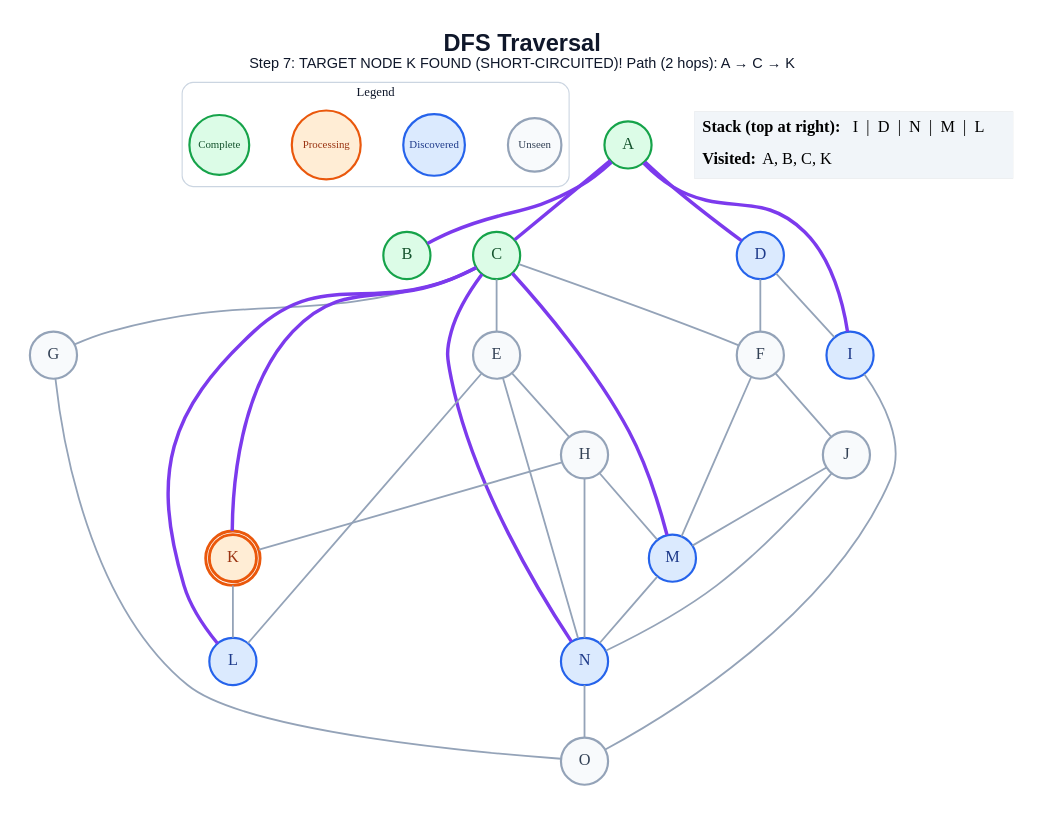
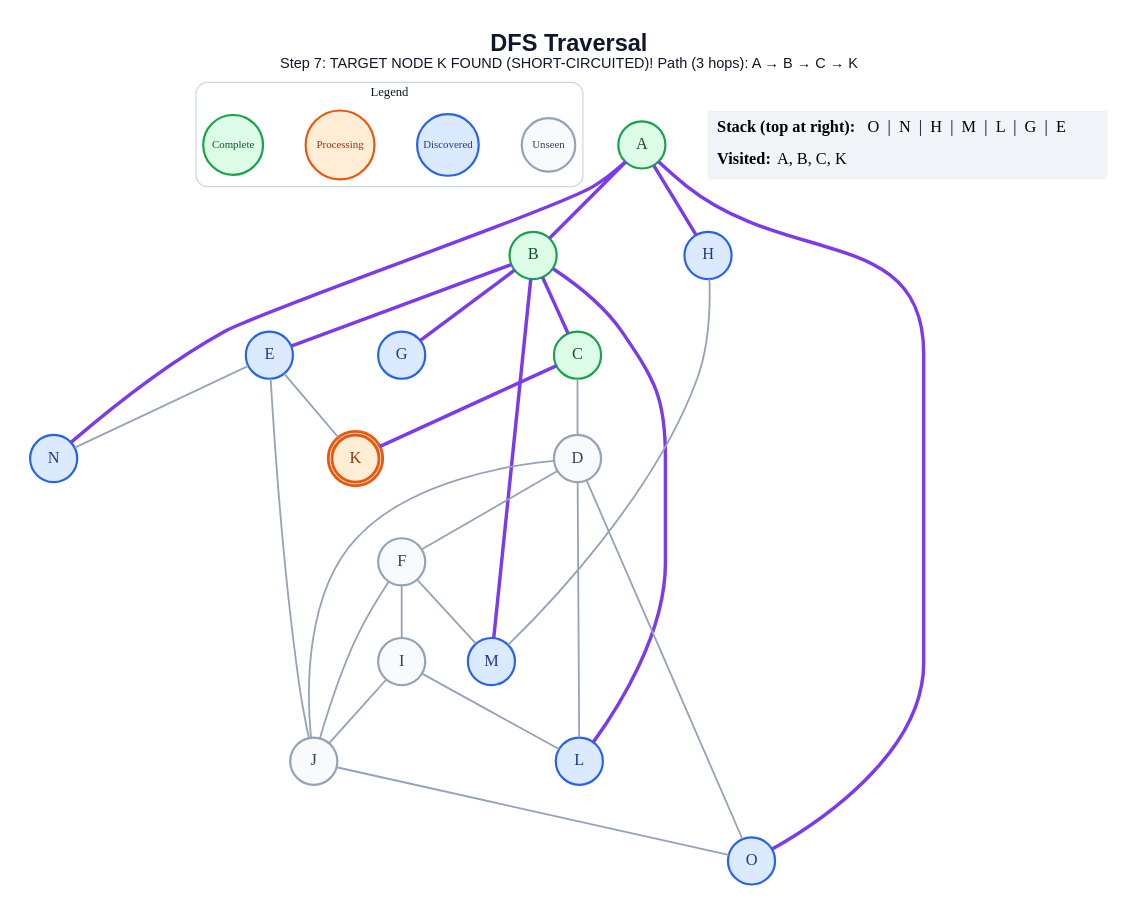
Before and after one commit to anon7238593-create/ai-slop: the diagram in generated/short-circuit/dfs/step_07.dot, drawn with Graphviz. The commit also changed 248 other files, not shown here.

```diff
--- a/generated/short-circuit/dfs/step_07.dot
+++ b/generated/short-circuit/dfs/step_07.dot
@@ -1,62 +1,59 @@
 graph traversal {
   graph [layout=dot, rankdir=TB, bgcolor="#FFFFFF", pad="0.35", nodesep="0.65", ranksep="0.8", fontname="Arial"];
   node [shape=circle, style="filled", fontname="Arial Bold", fontsize=18, width=0.72, fixedsize=true, penwidth=2.4];
   edge [color="#94A3B8", penwidth=2.0];
-  label=<<B>DFS Traversal</B><BR/><FONT POINT-SIZE="16">Step 7: TARGET NODE K FOUND (SHORT-CIRCUITED)! Path (2 hops): A → C → K</FONT>>; labelloc="t"; fontsize=26; fontname="Arial"; fontcolor="#0F172A";
+  label=<<B>DFS Traversal</B><BR/><FONT POINT-SIZE="16">Step 7: TARGET NODE K FOUND (SHORT-CIRCUITED)! Path (3 hops): A → B → C → K</FONT>>; labelloc="t"; fontsize=26; fontname="Arial"; fontcolor="#0F172A";
   subgraph cluster_legend { label="Legend"; color="#CBD5E1"; penwidth=1.2; style="rounded"; fontsize=14; fontname="Arial Bold";
     key_unseen [label="Unseen", fillcolor="#F8FAFC", color="#94A3B8", fontcolor="#334155", fontsize=12, width=0.82];
     key_frontier [label="Discovered", fillcolor="#DBEAFE", color="#2563EB", fontcolor="#1E3A8A", fontsize=12, width=0.95];
     key_current [label="Processing", fillcolor="#FFEDD5", color="#EA580C", fontcolor="#9A3412", fontsize=12, width=1.05];
     key_done [label="Complete", fillcolor="#DCFCE7", color="#16A34A", fontcolor="#14532D", fontsize=12, width=0.92];
     { rank=same; key_unseen; key_frontier; key_current; key_done; }
   }
   A [label="A", fillcolor="#DCFCE7", color="#16A34A", fontcolor="#14532D", peripheries=1, penwidth=2.4];
   B [label="B", fillcolor="#DCFCE7", color="#16A34A", fontcolor="#14532D", peripheries=1, penwidth=2.4];
   C [label="C", fillcolor="#DCFCE7", color="#16A34A", fontcolor="#14532D", peripheries=1, penwidth=2.4];
-  D [label="D", fillcolor="#DBEAFE", color="#2563EB", fontcolor="#1E3A8A", peripheries=1, penwidth=2.4];
-  E [label="E", fillcolor="#F8FAFC", color="#94A3B8", fontcolor="#334155", peripheries=1, penwidth=2.4];
+  D [label="D", fillcolor="#F8FAFC", color="#94A3B8", fontcolor="#334155", peripheries=1, penwidth=2.4];
+  E [label="E", fillcolor="#DBEAFE", color="#2563EB", fontcolor="#1E3A8A", peripheries=1, penwidth=2.4];
   F [label="F", fillcolor="#F8FAFC", color="#94A3B8", fontcolor="#334155", peripheries=1, penwidth=2.4];
-  G [label="G", fillcolor="#F8FAFC", color="#94A3B8", fontcolor="#334155", peripheries=1, penwidth=2.4];
-  H [label="H", fillcolor="#F8FAFC", color="#94A3B8", fontcolor="#334155", peripheries=1, penwidth=2.4];
-  I [label="I", fillcolor="#DBEAFE", color="#2563EB", fontcolor="#1E3A8A", peripheries=1, penwidth=2.4];
+  G [label="G", fillcolor="#DBEAFE", color="#2563EB", fontcolor="#1E3A8A", peripheries=1, penwidth=2.4];
+  H [label="H", fillcolor="#DBEAFE", color="#2563EB", fontcolor="#1E3A8A", peripheries=1, penwidth=2.4];
+  I [label="I", fillcolor="#F8FAFC", color="#94A3B8", fontcolor="#334155", peripheries=1, penwidth=2.4];
   J [label="J", fillcolor="#F8FAFC", color="#94A3B8", fontcolor="#334155", peripheries=1, penwidth=2.4];
   K [label="K", fillcolor="#FFEDD5", color="#EA580C", fontcolor="#9A3412", peripheries=2, penwidth=3.2];
   L [label="L", fillcolor="#DBEAFE", color="#2563EB", fontcolor="#1E3A8A", peripheries=1, penwidth=2.4];
   M [label="M", fillcolor="#DBEAFE", color="#2563EB", fontcolor="#1E3A8A", peripheries=1, penwidth=2.4];
   N [label="N", fillcolor="#DBEAFE", color="#2563EB", fontcolor="#1E3A8A", peripheries=1, penwidth=2.4];
-  O [label="O", fillcolor="#F8FAFC", color="#94A3B8", fontcolor="#334155", peripheries=1, penwidth=2.4];
+  O [label="O", fillcolor="#DBEAFE", color="#2563EB", fontcolor="#1E3A8A", peripheries=1, penwidth=2.4];
   A -- B [color="#7C3AED", penwidth=3.8];
-  A -- C [color="#7C3AED", penwidth=3.8];
-  A -- D [color="#7C3AED", penwidth=3.8];
-  A -- I [color="#7C3AED", penwidth=3.8];
-  C -- E;
-  C -- F;
-  C -- G;
+  A -- H [color="#7C3AED", penwidth=3.8];
+  A -- N [color="#7C3AED", penwidth=3.8];
+  A -- O [color="#7C3AED", penwidth=3.8];
+  B -- C [color="#7C3AED", penwidth=3.8];
+  B -- E [color="#7C3AED", penwidth=3.8];
+  B -- G [color="#7C3AED", penwidth=3.8];
+  B -- L [color="#7C3AED", penwidth=3.8];
+  B -- M [color="#7C3AED", penwidth=3.8];
+  C -- D;
   C -- K [color="#7C3AED", penwidth=3.8];
-  C -- L [color="#7C3AED", penwidth=3.8];
-  C -- M [color="#7C3AED", penwidth=3.8];
-  C -- N [color="#7C3AED", penwidth=3.8];
   D -- F;
-  D -- I;
-  E -- H;
-  E -- L;
+  D -- J;
+  D -- L;
+  D -- O;
+  E -- J;
+  E -- K;
   E -- N;
+  F -- I;
   F -- J;
   F -- M;
-  G -- O;
-  H -- K;
   H -- M;
-  H -- N;
-  I -- O;
-  J -- M;
-  J -- N;
-  K -- L;
-  M -- N;
-  N -- O;
+  I -- J;
+  I -- L;
+  J -- O;
   status [shape=plain, fixedsize=false, width=0, height=0, margin=0, label=<
     <TABLE BORDER="0" CELLBORDER="0" CELLPADDING="7" BGCOLOR="#F1F5F9">
-      <TR><TD ALIGN="LEFT"><B>Stack (top at right):</B> I  |  D  |  N  |  M  |  L</TD></TR>
+      <TR><TD ALIGN="LEFT"><B>Stack (top at right):</B> O  |  N  |  H  |  M  |  L  |  G  |  E</TD></TR>
       <TR><TD ALIGN="LEFT"><B>Visited:</B> A, B, C, K</TD></TR>
     </TABLE>
   >];
 }
```
